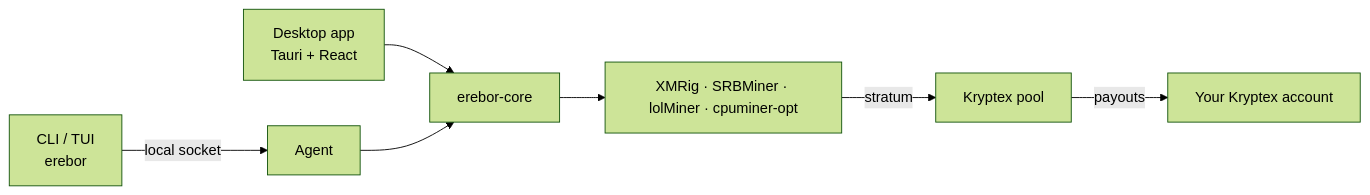
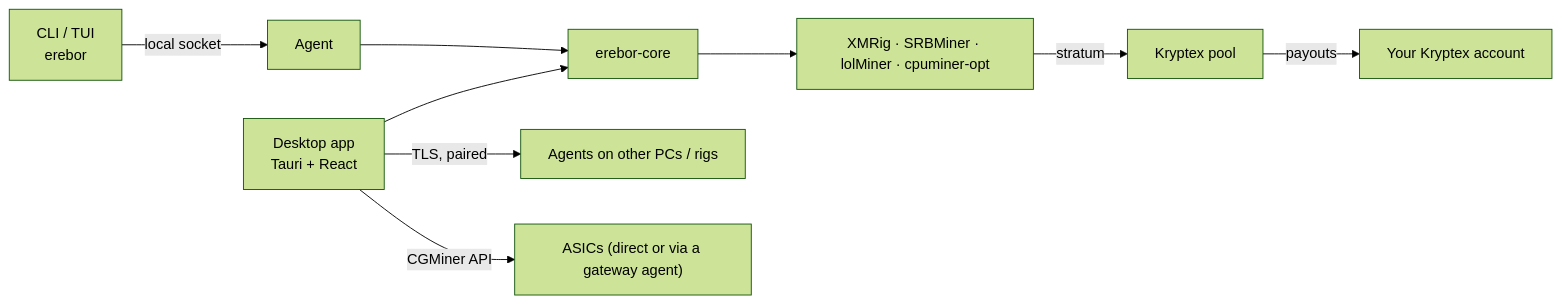
The diagram in README.md (samuelviviani/erebor), drawn with Mermaid (forest theme) before and after one commit. The commit also changed other lines of this file and 207 other files, not shown here.

````diff
--- a/README.md
+++ b/README.md
@@ -125,9 +143,11 @@
 ```mermaid
 flowchart LR
     GUI["Desktop app<br/>Tauri + React"] --> CORE
     CLI["CLI / TUI<br/>erebor"] -- local socket --> AGENT["Agent"]
+    GUI -- TLS, paired --> RAGENT["Agents on other PCs / rigs"]
+    GUI -- CGMiner API --> ASIC["ASICs (direct or via a gateway agent)"]
     AGENT --> CORE
     CORE["erebor-core"] --> MINERS["XMRig · SRBMiner · lolMiner · cpuminer-opt"]
     MINERS -- stratum --> POOL["Kryptex pool"]
     POOL -- payouts --> ACCOUNT["Your Kryptex account"]
 ```
````
